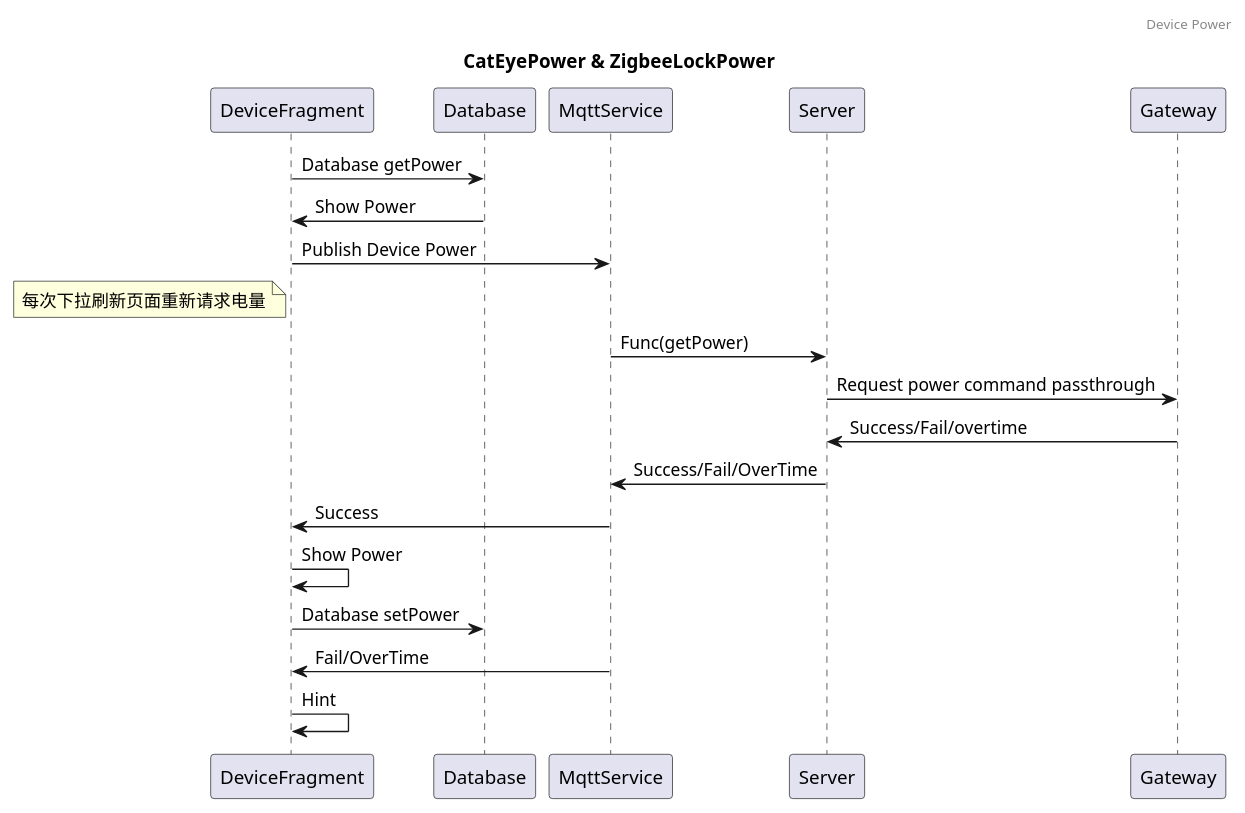
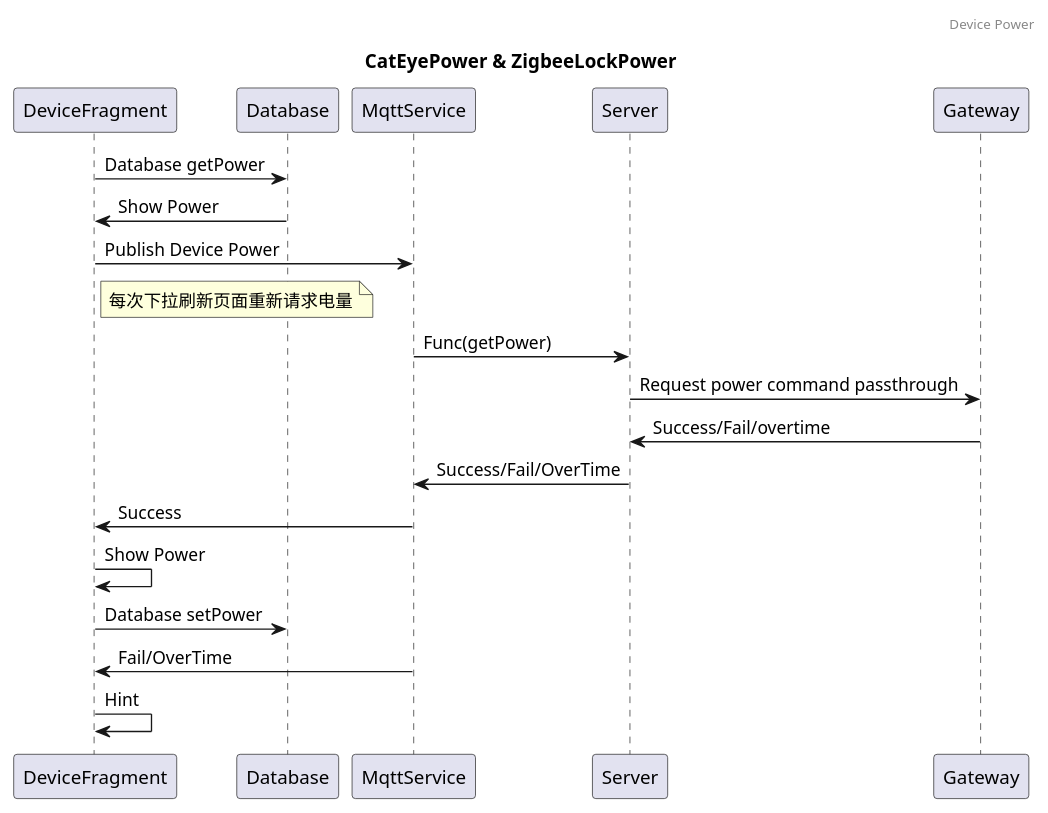
The diagram in app/src/main/java/com/devicepower.puml (kakabuli/LockHomeKey), drawn with PlantUML before and after one commit. The commit also changed 20 other files, not shown here.

Commit message:
修改商城取消请求的bug 点击名称闪退的问题 图片显示的问题

```diff
--- a/app/src/main/java/com/devicepower.puml
+++ b/app/src/main/java/com/devicepower.puml
@@ -1,27 +1,27 @@
 @startuml
 header Device Power
 
 title CatEyePower & ZigbeeLockPower
 DeviceFragment->Database : Database getPower
 Database->DeviceFragment : Show Power
 DeviceFragment->MqttService: Publish Device Power
-note left of DeviceFragment: 每次下拉刷新页面重新请求电量
+note right of DeviceFragment: 每次下拉刷新页面重新请求电量
 
 MqttService -> Server : Func(getPower)
 
 Server -> Gateway : Request power command passthrough
 
 Gateway->Server :Success/Fail/overtime
 
 Server->MqttService :Success/Fail/OverTime
 
 MqttService->DeviceFragment : Success
 DeviceFragment->DeviceFragment: Show Power
 DeviceFragment->Database : Database setPower
 
 MqttService->DeviceFragment:Fail/OverTime
 DeviceFragment->DeviceFragment: Hint
 
 
 
 @enduml
```
